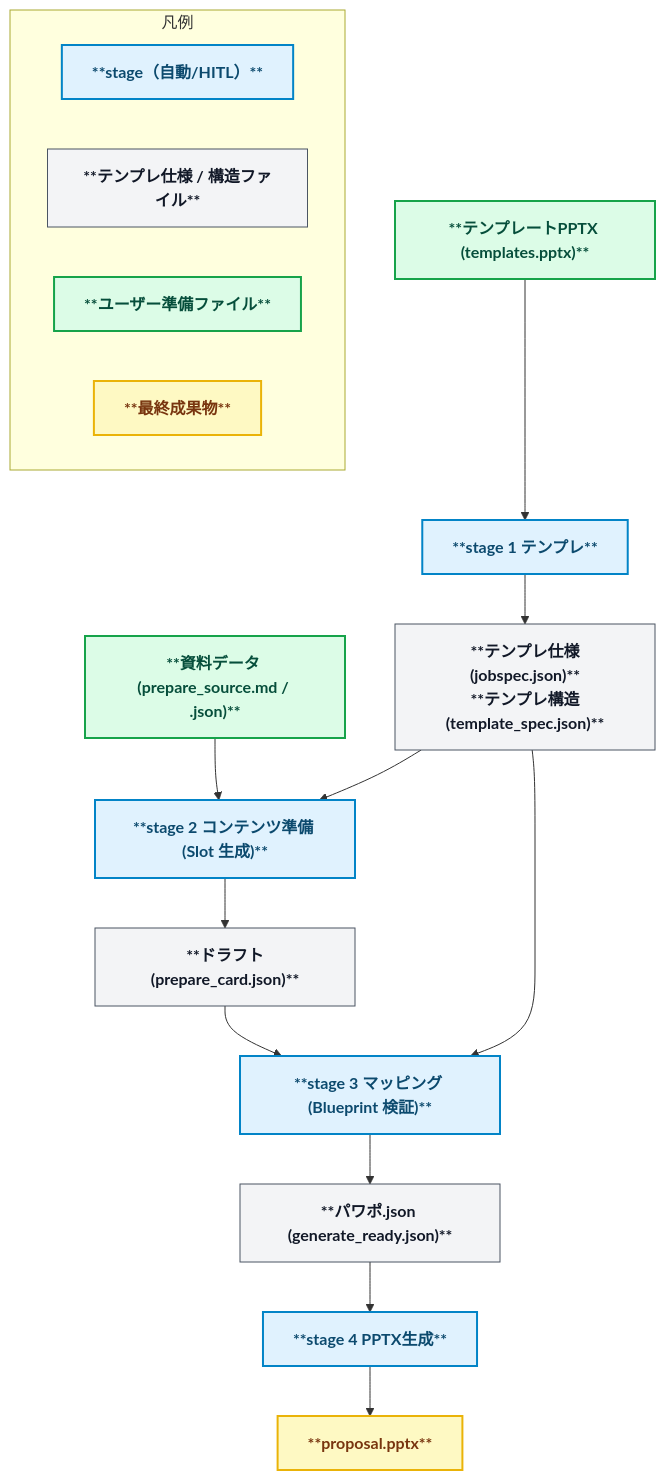
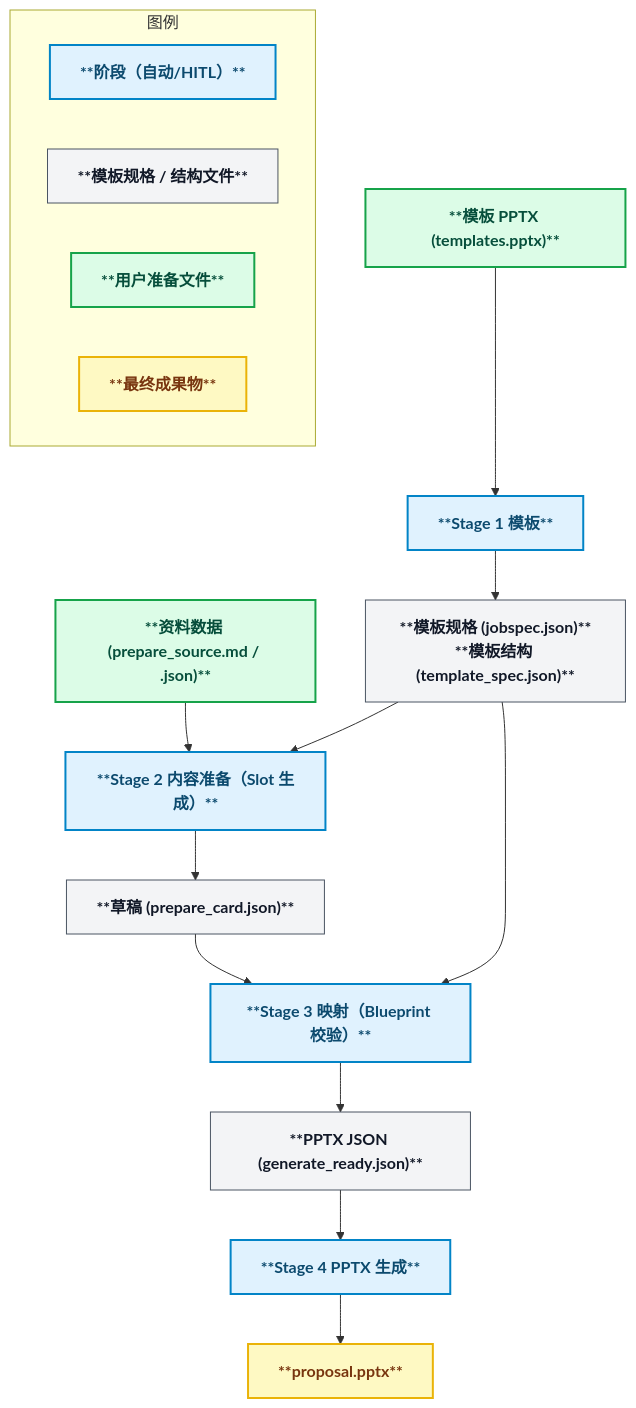
One commit to yurake/pptx_generator changed the second of 2 diagrams in README.zh.md. Above: the diagram before and after it, drawn with Mermaid. The commit also changed other lines of this file and 1 other file, not shown here.

Commit message:
docs(readme): align translation structure for static hooks

````diff
--- a/README.zh.md
+++ b/README.zh.md
@@ -109,36 +111,36 @@
 ```mermaid
 flowchart TD
   %% ======= Styles =======
   classDef stage fill:#e0f2fe,stroke:#0284c7,stroke-width:2px,color:#0c4a6e,font-weight:bold;
   classDef file fill:#f3f4f6,stroke:#4b5563,stroke-width:1px,color:#111827,font-weight:bold;
   classDef userfile fill:#dcfce7,stroke:#16a34a,stroke-width:2px,color:#064e3b,font-weight:bold;
   classDef final fill:#fef9c3,stroke:#eab308,stroke-width:2px,color:#78350f,font-weight:bold;
 
   %% ======= Stage 1 =======
-  TmplStatic["**テンプレートPPTX (templates.pptx)**"]:::userfile --> S1Static["**stage 1 テンプレ**"]:::stage
-  S1Static --> SpecStatic["**テンプレ仕様(jobspec.json)**<br/>**テンプレ構造(template_spec.json)**"]:::file
+  TmplStatic["**模板 PPTX (templates.pptx)**"]:::userfile --> S1Static["**Stage 1 模板**"]:::stage
+  S1Static --> SpecStatic["**模板规格 (jobspec.json)**<br/>**模板结构 (template_spec.json)**"]:::file
 
   %% ======= Stage 2 =======
-  PrepareStatic["**資料データ (prepare_source.md / .json)**"]:::userfile --> S2Static["**stage 2 コンテンツ準備 (Slot 生成)**"]:::stage
+  PrepareStatic["**资料数据 (prepare_source.md / .json)**"]:::userfile --> S2Static["**Stage 2 内容准备（Slot 生成）**"]:::stage
   SpecStatic --> S2Static
-  S2Static --> PrepareCardsStatic["**ドラフト(prepare_card.json)**"]:::file
+  S2Static --> PrepareCardsStatic["**草稿 (prepare_card.json)**"]:::file
   PrepareCardsStatic --> S3Static
 
   %% ======= Stage 3 =======
-  S3Static["**stage 3 マッピング (Blueprint 検証)**"]:::stage
+  S3Static["**Stage 3 映射（Blueprint 校验）**"]:::stage
   SpecStatic --> S3Static
-  S3Static --> ReadyStatic["**パワポ.json (generate_ready.json)**"]:::file
+  S3Static --> ReadyStatic["**PPTX JSON (generate_ready.json)**"]:::file
 
   %% ======= Stage 4 =======
-  ReadyStatic --> S4Static["**stage 4 PPTX生成**"]:::stage
+  ReadyStatic --> S4Static["**Stage 4 PPTX 生成**"]:::stage
   S4Static --> PPTXStatic["**proposal.pptx**"]:::final
 
   %% ======= Legend =======
-  subgraph LegendStatic[凡例]
+  subgraph LegendStatic[图例]
     direction LR
-    B1["**stage（自動/HITL）**"]:::stage
-    B2["**テンプレ仕様 / 構造ファイル**"]:::file
-    B3["**ユーザー準備ファイル**"]:::userfile
-    B4["**最終成果物**"]:::final
+    B1["**阶段（自动/HITL）**"]:::stage
+    B2["**模板规格 / 结构文件**"]:::file
+    B3["**用户准备文件**"]:::userfile
+    B4["**最终成果物**"]:::final
   end
 ```
````
